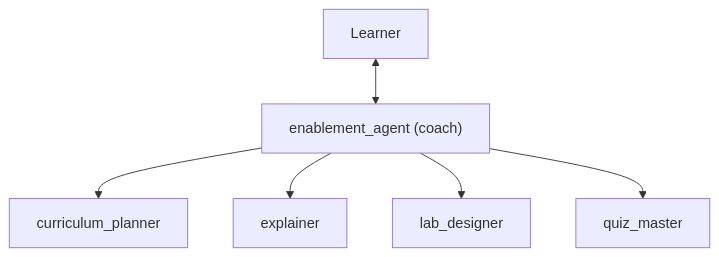
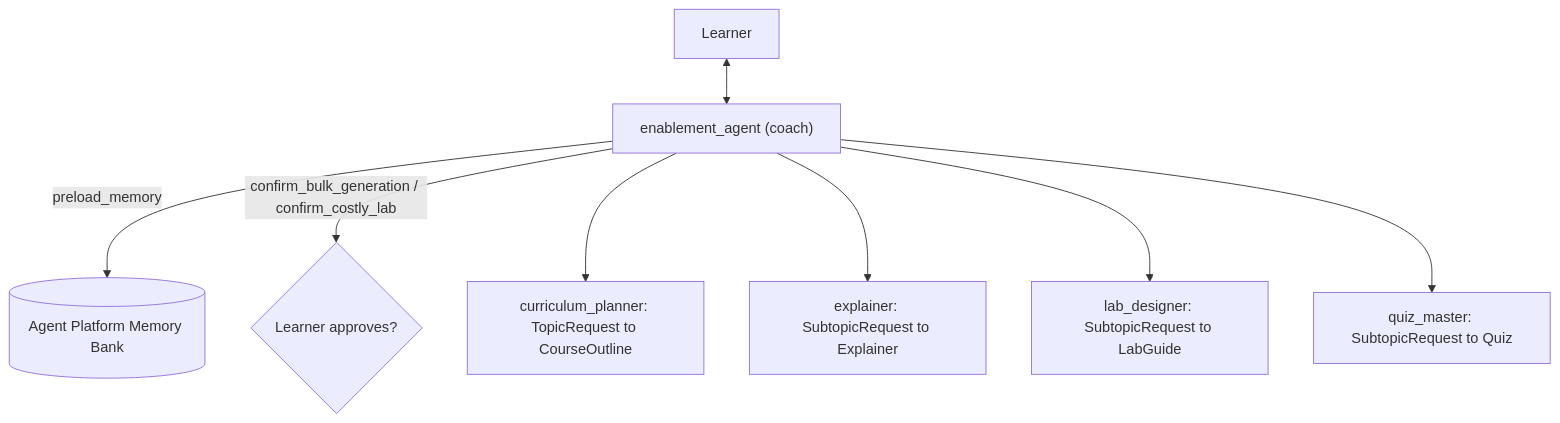
The diagram in README.md (stellasu-droid/cloud-enablement-agent), drawn with Mermaid before and after one commit. The commit also changed other lines of this file and 31 other files, not shown here.

Commit message:
added model routing and memory bank

````diff
--- a/README.md
+++ b/README.md
@@ -16,8 +16,10 @@
 ```mermaid
 flowchart TD
     U["Learner"] <--> C["enablement_agent (coach)"]
-    C --> P["curriculum_planner"]
-    C --> E["explainer"]
-    C --> L["lab_designer"]
-    C --> Q["quiz_master"]
+    C -- "preload_memory" --> M[("Agent Platform Memory Bank")]
+    C -- "confirm_bulk_generation / confirm_costly_lab" --> H{"Learner approves?"}
+    C --> P["curriculum_planner: TopicRequest to CourseOutline"]
+    C --> E["explainer: SubtopicRequest to Explainer"]
+    C --> L["lab_designer: SubtopicRequest to LabGuide"]
+    C --> Q["quiz_master: SubtopicRequest to Quiz"]
 ```
````
